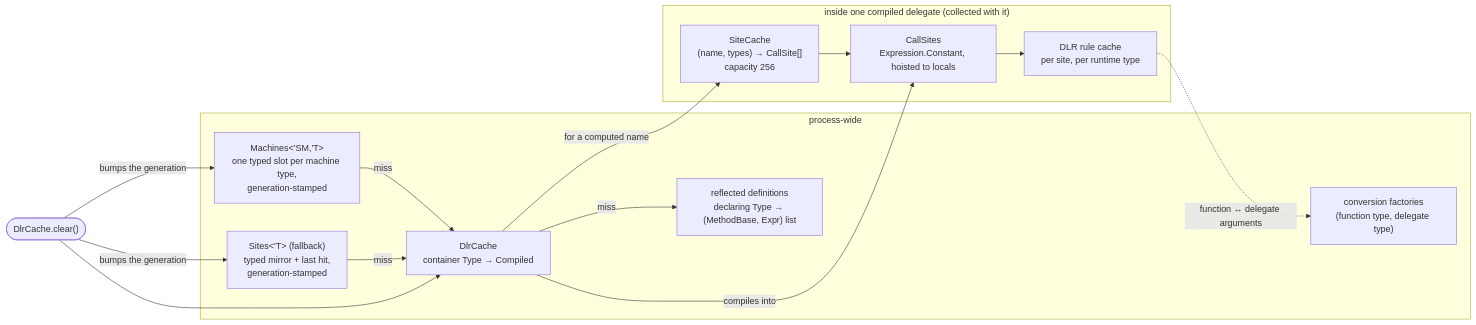
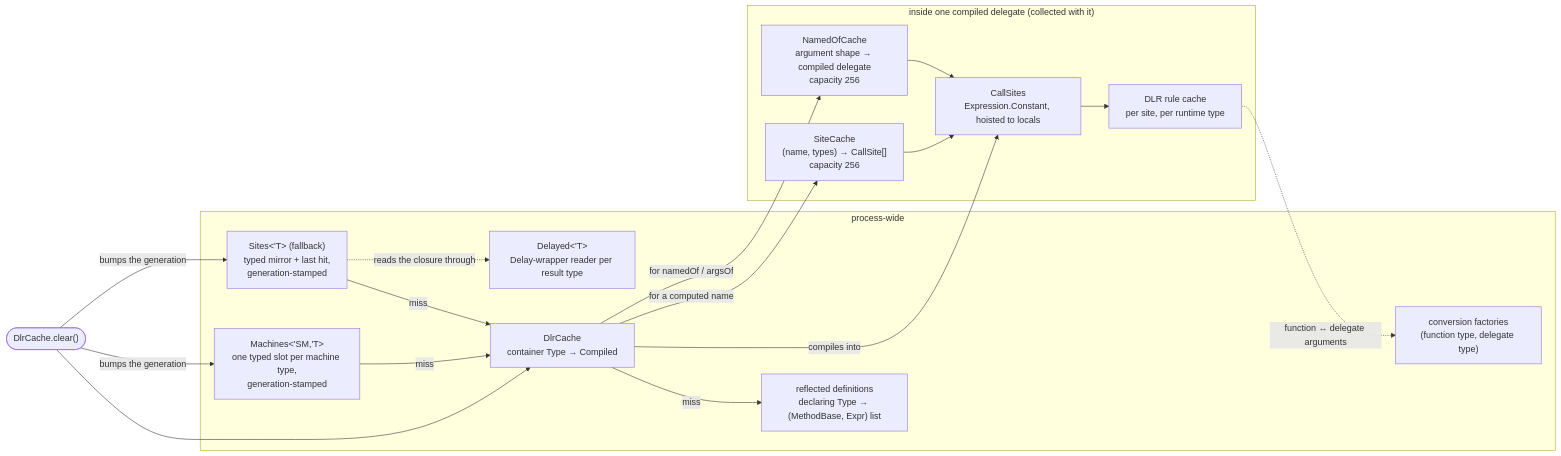
The diagram in docs/caches.md (ekonbenefits/FSharp.Interop.Dlr), drawn with Mermaid before and after one commit. The commit also changed other lines of this file and 12 other files, not shown here.

````diff
--- a/docs/caches.md
+++ b/docs/caches.md
@@ -20,28 +20,33 @@
 ```mermaid
 flowchart LR
     subgraph process["process-wide"]
         DC["DlrCache<br/>container Type → Compiled"]
         M["Machines&lt;'SM,'T&gt;<br/>one typed slot per machine type,<br/>generation-stamped"]
         S["Sites&lt;'T&gt; (fallback)<br/>typed mirror + last hit,<br/>generation-stamped"]
+        DL["Delayed&lt;'T&gt;<br/>Delay-wrapper reader per result type"]
         RD["reflected definitions<br/>declaring Type → (MethodBase, Expr) list"]
         CV["conversion factories<br/>(function type, delegate type)"]
     end
     subgraph delegate["inside one compiled delegate (collected with it)"]
         CS["CallSites<br/>Expression.Constant, hoisted to locals"]
         SC["SiteCache<br/>(name, types) → CallSite[]<br/>capacity 256"]
+        NC["NamedOfCache<br/>argument shape → compiled delegate<br/>capacity 256"]
         RC["DLR rule cache<br/>per site, per runtime type"]
     end
 
     M -- miss --> DC
     S -- miss --> DC
+    S -. "reads the closure through" .-> DL
     DC -- miss --> RD
     DC -- "compiles into" --> CS
     DC -- "for a computed name" --> SC
+    DC -- "for namedOf / argsOf" --> NC
     SC --> CS
+    NC --> CS
     CS --> RC
     RC -. "function ↔ delegate arguments" .-> CV
 
     clear(["DlrCache.clear()"]) --> DC
     clear -- "bumps the generation" --> M
     clear -- "bumps the generation" --> S
 ```
````
